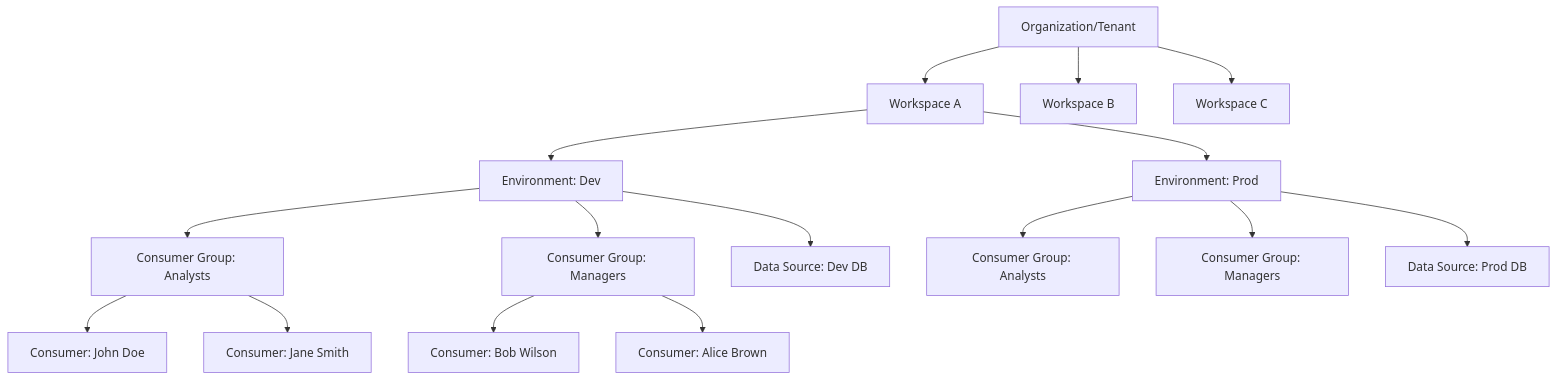
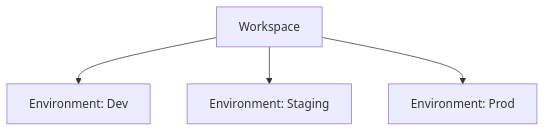
One commit to TelescopeAI/cortex-docs changed the diagram in content/2.architecture/4.multi-tenancy.md. Above: the diagram before and after it, drawn with Mermaid. The commit also changed other lines of this file and 29 other files, not shown here.

Commit message:
docs: updated content for architecture and IDE setup

````diff
--- a/content/2.architecture/4.multi-tenancy.md
+++ b/content/2.architecture/4.multi-tenancy.md
@@ -17,23 +22,6 @@
 ```mermaid
 graph TD
-    A[Organization/Tenant] --> B[Workspace A]
-    A --> C[Workspace B]
-    A --> D[Workspace C]
-
-    B --> E[Environment: Dev]
-    B --> F[Environment: Prod]
-
-    E --> G[Consumer Group: Analysts]
-    E --> H[Consumer Group: Managers]
-    E --> I[Data Source: Dev DB]
-
-    F --> J[Consumer Group: Analysts]
-    F --> K[Consumer Group: Managers]
-    F --> L[Data Source: Prod DB]
-
-    G --> M[Consumer: John Doe]
-    G --> N[Consumer: Jane Smith]
-
-    H --> O[Consumer: Bob Wilson]
-    H --> P[Consumer: Alice Brown]
+    A[Workspace] --> B[Environment: Dev]
+    A --> C[Environment: Staging]
+    A --> D[Environment: Prod]
 ```
````
